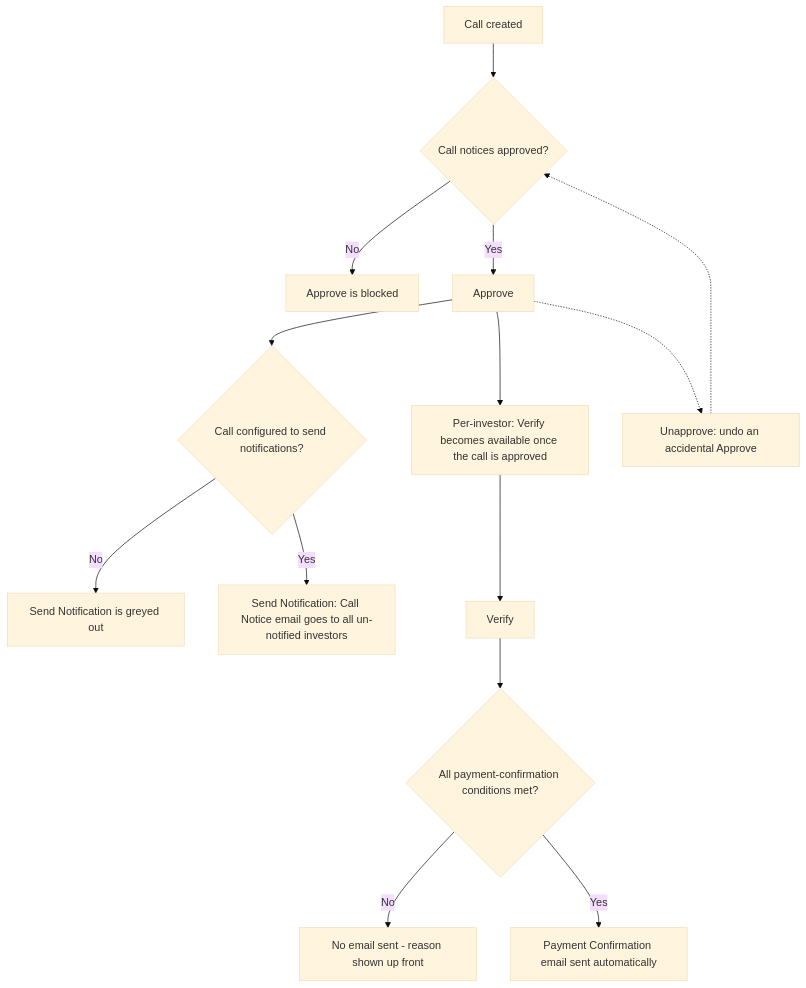
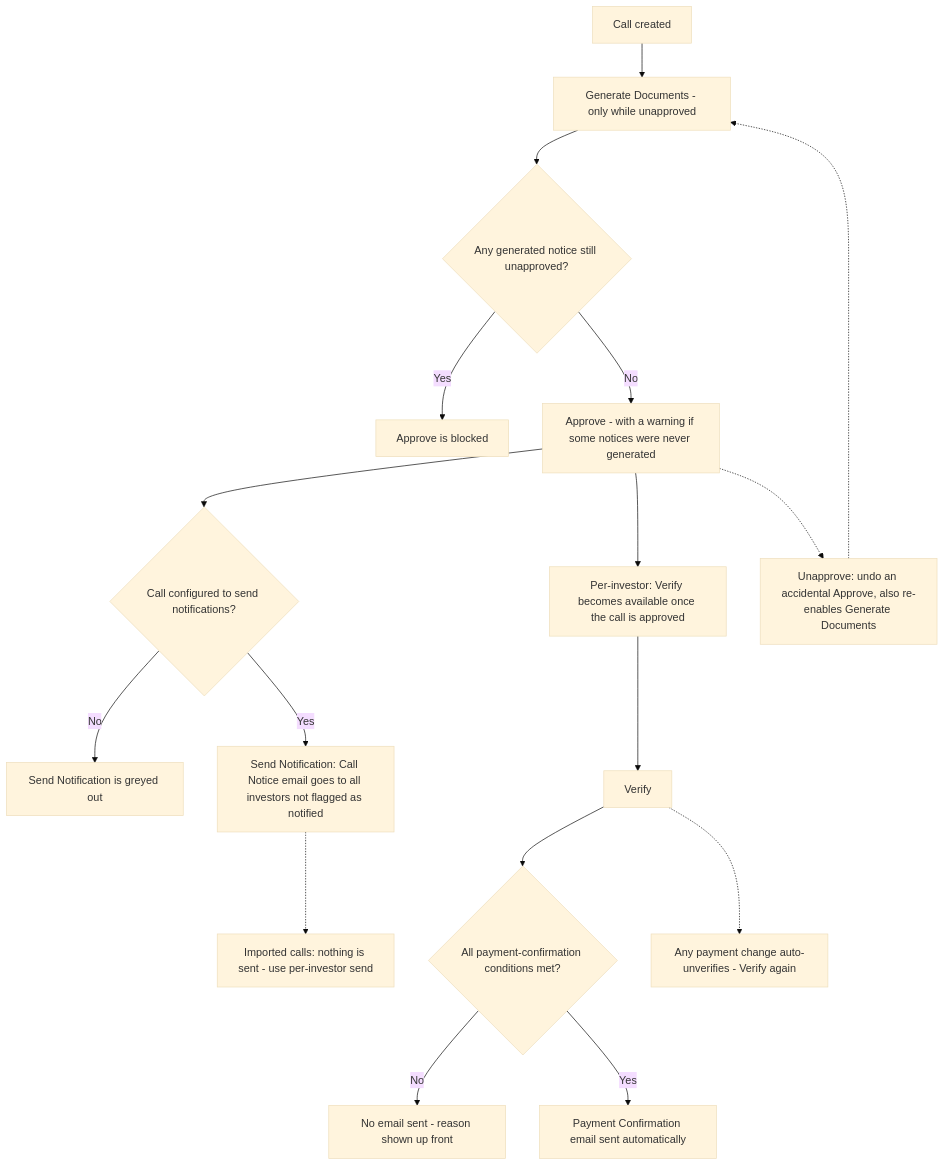
The diagram in docs/user_guides/capital_call_actions_and_notifications_matrix.md (sampadadiwan/IRM_CompanyMain), drawn with Mermaid (base theme) before and after one commit. The commit also changed other lines of this file and 5 other files, not shown here.

````diff
--- a/docs/user_guides/capital_call_actions_and_notifications_matrix.md
+++ b/docs/user_guides/capital_call_actions_and_notifications_matrix.md
@@ -54,16 +62,19 @@
 ```mermaid
 flowchart TD
-    A[Call created] --> B{Call notices approved?}
-    B -- No --> B1[Approve is blocked]
-    B -- Yes --> C[Approve]
+    A[Call created] --> A1[Generate Documents - only while unapproved]
+    A1 --> B{Any generated notice still unapproved?}
+    B -- Yes --> B1[Approve is blocked]
+    B -- No --> C[Approve - with a warning if some notices were never generated]
     C --> D{Call configured to send notifications?}
     D -- No --> D1[Send Notification is greyed out]
-    D -- Yes --> E[Send Notification: Call Notice email goes to all un-notified investors]
+    D -- Yes --> E[Send Notification: Call Notice email goes to all investors not flagged as notified]
+    E -.-> E1[Imported calls: nothing is sent - use per-investor send]
     C --> F[Per-investor: Verify becomes available once the call is approved]
     F --> G[Verify]
     G --> H{All payment-confirmation conditions met?}
     H -- No --> H1[No email sent - reason shown up front]
     H -- Yes --> I[Payment Confirmation email sent automatically]
-    C -.-> J[Unapprove: undo an accidental Approve]
-    J -.-> B
+    G -.-> G1[Any payment change auto-unverifies - Verify again]
+    C -.-> J[Unapprove: undo an accidental Approve, also re-enables Generate Documents]
+    J -.-> A1
 ```
````
